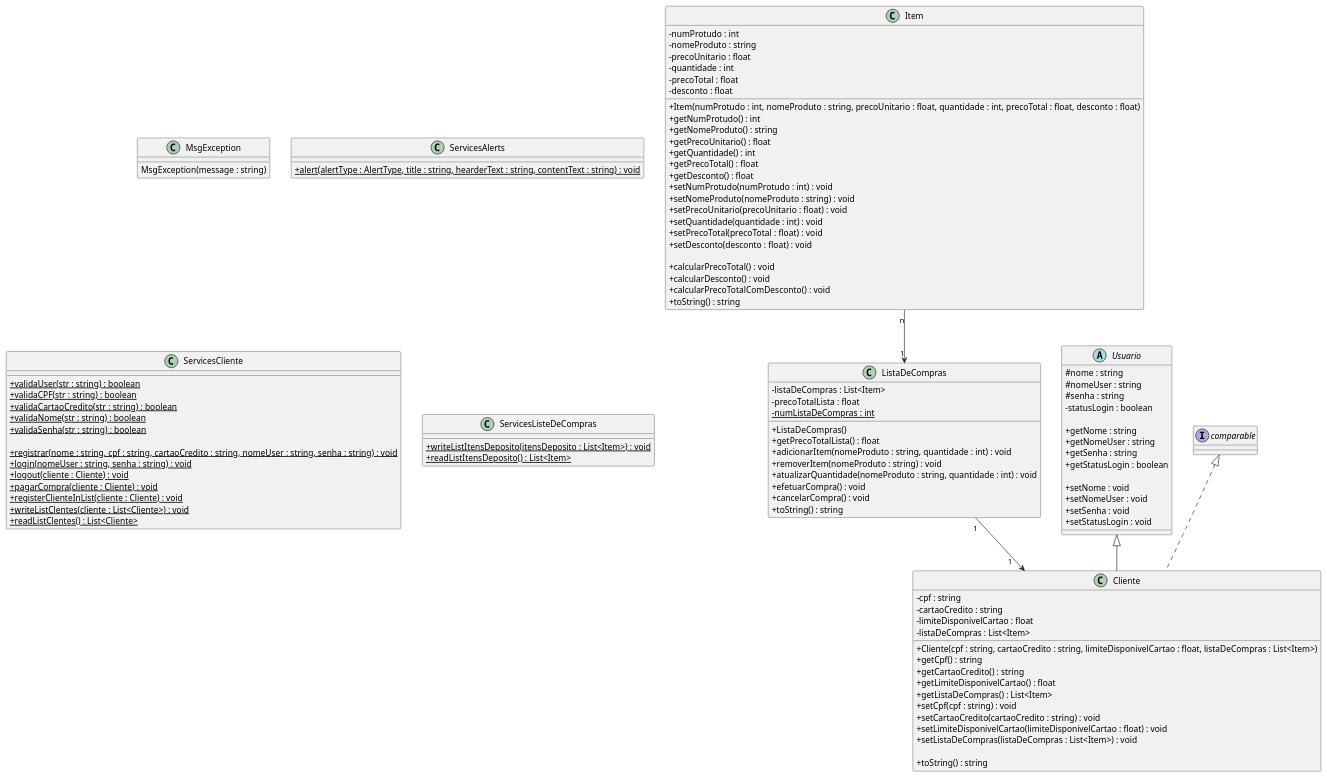
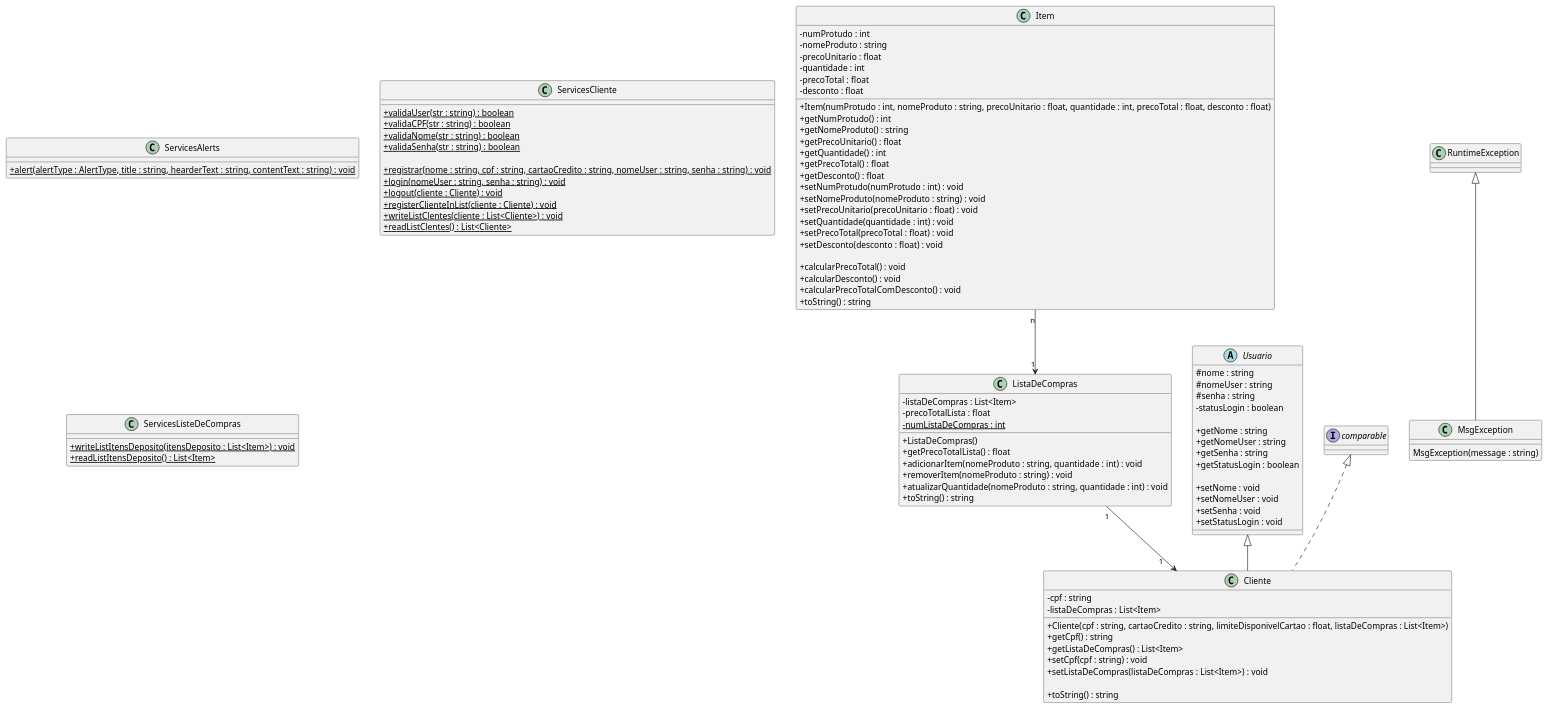
The diagram in Diagrama/diagrama.wsd (Luiz-Eduardo-BL/Project_Lista_de_Compras), drawn with PlantUML before and after one commit. The commit also changed 1 other file, not shown here.

Commit message:
Update Diagrama

```diff
--- a/Diagrama/diagrama.wsd
+++ b/Diagrama/diagrama.wsd
@@ -1,116 +1,106 @@
 @startuml diagrama
 skinparam ClassAttributeIconSize 0
 
 class Item{
   -numProtudo : int
   -nomeProduto : string
   -precoUnitario : float
   -quantidade : int
   -precoTotal : float
   -desconto : float
 
   +Item(numProtudo : int, nomeProduto : string, precoUnitario : float, quantidade : int, precoTotal : float, desconto : float)
   +getNumProtudo() : int
   +getNomeProduto() : string
   +getPrecoUnitario() : float
   +getQuantidade() : int
   +getPrecoTotal() : float
   +getDesconto() : float
   +setNumProtudo(numProtudo : int) : void
   +setNomeProduto(nomeProduto : string) : void
   +setPrecoUnitario(precoUnitario : float) : void
   +setQuantidade(quantidade : int) : void
   +setPrecoTotal(precoTotal : float) : void
   +setDesconto(desconto : float) : void
 
   +calcularPrecoTotal() : void
   +calcularDesconto() : void
   +calcularPrecoTotalComDesconto() : void
   +toString() : string
 } 
 Item "n" --> "1" ListaDeCompras
 
 class Cliente extends Usuario implements comparable{
   -cpf : string
-  -cartaoCredito : string
-  -limiteDisponivelCartao : float
   -listaDeCompras : List<Item>
 
   +Cliente(cpf : string, cartaoCredito : string, limiteDisponivelCartao : float, listaDeCompras : List<Item>)
   +getCpf() : string
-  +getCartaoCredito() : string
-  +getLimiteDisponivelCartao() : float
   +getListaDeCompras() : List<Item>
   +setCpf(cpf : string) : void
-  +setCartaoCredito(cartaoCredito : string) : void
-  +setLimiteDisponivelCartao(limiteDisponivelCartao : float) : void
   +setListaDeCompras(listaDeCompras : List<Item>) : void
 
   +toString() : string
 }
 
 
 abstract class Usuario{
   #nome : string
   #nomeUser : string
   #senha : string
   -statusLogin : boolean
 
   +getNome : string
   +getNomeUser : string
   +getSenha : string
   +getStatusLogin : boolean
 
   +setNome : void
   +setNomeUser : void
   +setSenha : void
   +setStatusLogin : void
 }
 
 class ListaDeCompras{
   -listaDeCompras : List<Item>
   -precoTotalLista : float
   -{static}numListaDeCompras : int
 
   +ListaDeCompras()
   +getPrecoTotalLista() : float
   +adicionarItem(nomeProduto : string, quantidade : int) : void
   +removerItem(nomeProduto : string) : void
   +atualizarQuantidade(nomeProduto : string, quantidade : int) : void
-  +efetuarCompra() : void
-  +cancelarCompra() : void
   +toString() : string
 
 }
 ListaDeCompras "1 " --> "1    " Cliente
 
-class MsgException{
+class MsgException extends RuntimeException{
   MsgException(message : string)
 }
 
 class ServicesAlerts{
   +{static}alert(alertType : AlertType, title : string, hearderText : string, contentText : string) : void
 }
 
 class ServicesCliente{
   +{static}validaUser(str : string) : boolean
   +{static}validaCPF(str : string) : boolean
-  +{static}validaCartaoCredito(str : string) : boolean
   +{static}validaNome(str : string) : boolean
   +{static}validaSenha(str : string) : boolean
 
   +{static}registrar(nome : string, cpf : string, cartaoCredito : string, nomeUser : string, senha : string) : void
   +{static}login(nomeUser : string, senha : string) : void
   +{static}logout(cliente : Cliente) : void
-  +{static}pagarCompra(cliente : Cliente) : void
   +{static}registerClienteInList(cliente : Cliente) : void
   +{static}writeListClentes(cliente : List<Cliente>) : void
   +{static}readListClentes() : List<Cliente>
 }
 
 class ServicesListeDeCompras{
   +{static}writeListItensDeposito(itensDeposito : List<Item>) : void
   +{static}readListItensDeposito() : List<Item>
 }
 
 @enduml
```
